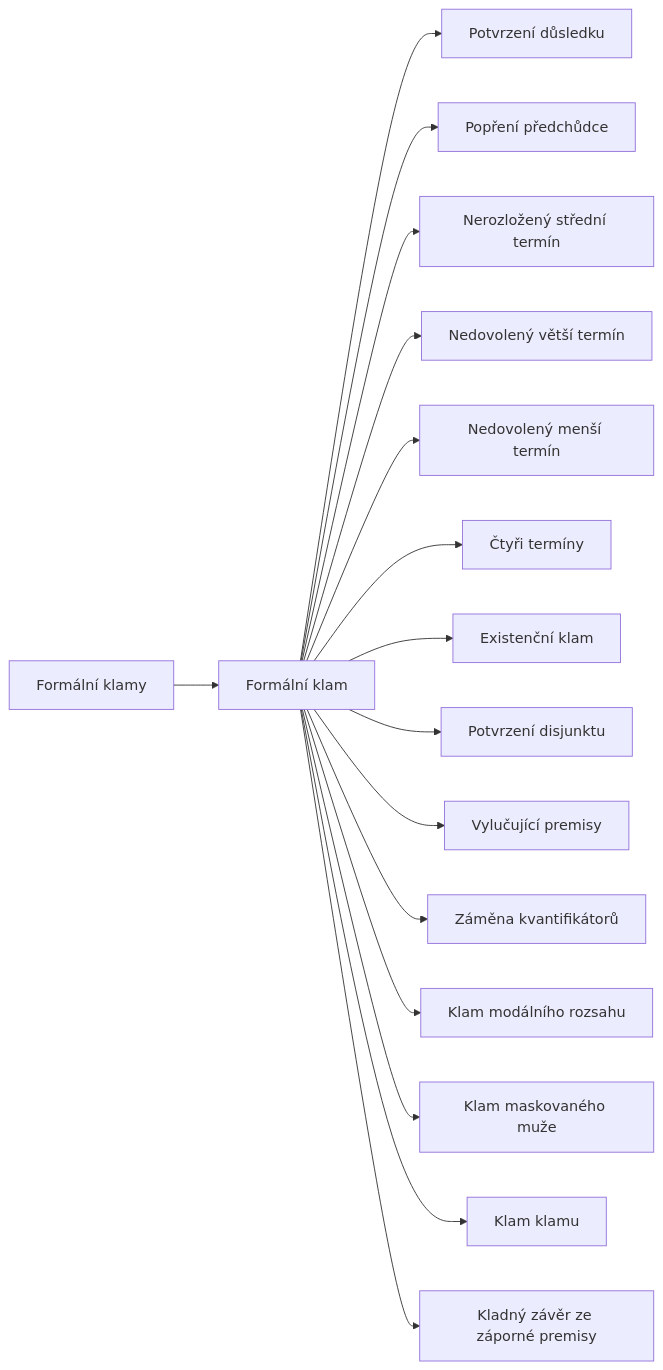
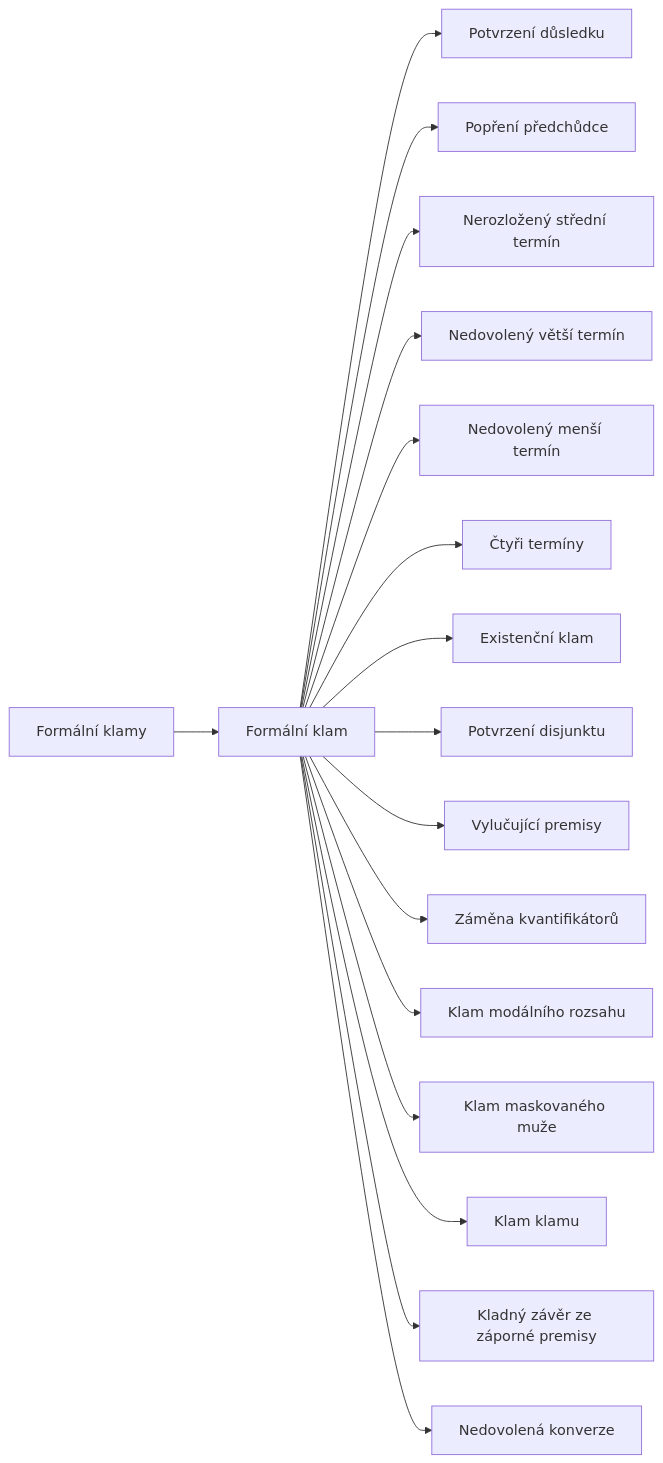
The diagram in content/kompendium/argumentacni-fauly/formalni/_index.md (korczis/kompendium-epistemicke-anihilace), drawn with Mermaid before and after one commit. The commit also changed other lines of this file and 280 other files, not shown here.

````diff
--- a/content/kompendium/argumentacni-fauly/formalni/_index.md
+++ b/content/kompendium/argumentacni-fauly/formalni/_index.md
@@ -185,50 +186,53 @@
 ```mermaid
 flowchart LR
   F["Formální klamy"]
   click F "@/kompendium/argumentacni-fauly/formalni/_index.md"
   n1["Formální klam"]
   n2["Potvrzení důsledku"]
   n3["Popření předchůdce"]
   n4["Nerozložený střední termín"]
   n5["Nedovolený větší termín"]
   n6["Nedovolený menší termín"]
   n7["Čtyři termíny"]
   n8["Existenční klam"]
   n9["Potvrzení disjunktu"]
   n10["Vylučující premisy"]
   n11["Záměna kvantifikátorů"]
   n12["Klam modálního rozsahu"]
   n13["Klam maskovaného muže"]
   n14["Klam klamu"]
   n15["Kladný závěr ze záporné premisy"]
+  n16["Nedovolená konverze"]
   F --> n1
   n1 --> n2
   n1 --> n3
   n1 --> n4
   n1 --> n5
   n1 --> n6
   n1 --> n7
   n1 --> n8
   n1 --> n9
   n1 --> n10
   n1 --> n11
   n1 --> n12
   n1 --> n13
   n1 --> n14
   n1 --> n15
+  n1 --> n16
   click n1 "@/kompendium/argumentacni-fauly/formalni/formalni-klam.md"
   click n2 "@/kompendium/argumentacni-fauly/formalni/potvrzeni-dusledku.md"
   click n3 "@/kompendium/argumentacni-fauly/formalni/popreni-predchudce.md"
   click n4 "@/kompendium/argumentacni-fauly/formalni/nerozlozeny-stredni-termin.md"
   click n5 "@/kompendium/argumentacni-fauly/formalni/nedovoleny-vetsi-termin.md"
   click n6 "@/kompendium/argumentacni-fauly/formalni/nedovoleny-mensi-termin.md"
   click n7 "@/kompendium/argumentacni-fauly/formalni/ctyri-terminy.md"
   click n8 "@/kompendium/argumentacni-fauly/formalni/existencni-klam.md"
   click n9 "@/kompendium/argumentacni-fauly/formalni/potvrzeni-disjunktu.md"
   click n10 "@/kompendium/argumentacni-fauly/formalni/vylucujici-premisy.md"
   click n11 "@/kompendium/argumentacni-fauly/formalni/zamena-kvantifikatoru.md"
   click n12 "@/kompendium/argumentacni-fauly/formalni/klam-modalniho-rozsahu.md"
   click n13 "@/kompendium/argumentacni-fauly/formalni/klam-maskovaneho-muze.md"
   click n14 "@/kompendium/argumentacni-fauly/formalni/klam-klamu.md"
   click n15 "@/kompendium/argumentacni-fauly/formalni/kladny-zaver-ze-zaporne-premisy.md"
+  click n16 "@/kompendium/argumentacni-fauly/formalni/nedovolena-konverze.md"
 ```
````
